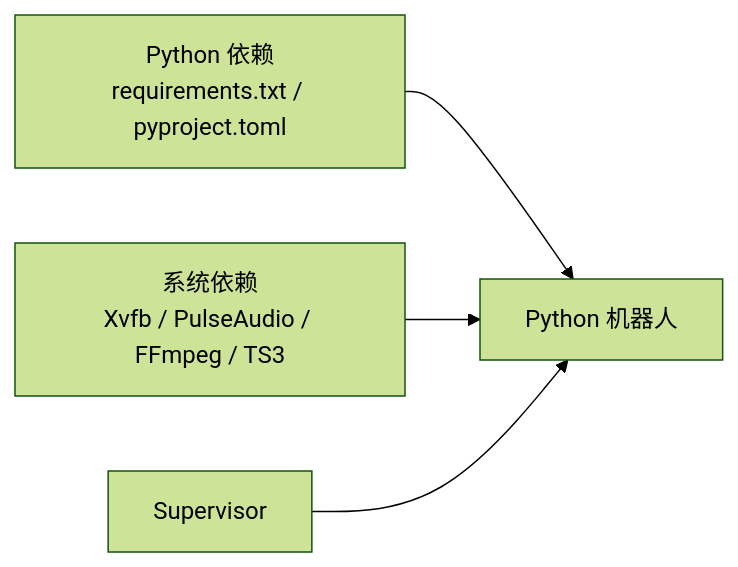
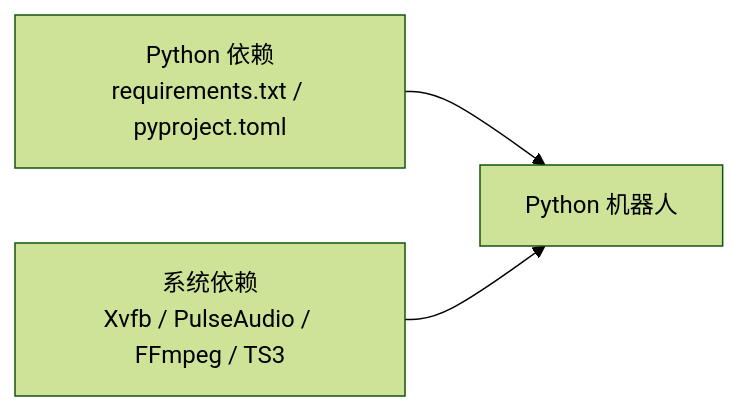
One commit to GhoulOwl/Teamspeak3_Bot changed the third of 3 diagrams in .qoder/repowiki/zh/content/部署和运维/部署和运维.md. Above: the diagram before and after it, drawn with Mermaid (forest theme). The commit also changed other lines of this file and 4 other files, not shown here.

````diff
--- a/.qoder/repowiki/zh/content/部署和运维/部署和运维.md
+++ b/.qoder/repowiki/zh/content/部署和运维/部署和运维.md
@@ -243,10 +246,8 @@
 ```mermaid
 graph LR
 PY["Python 依赖<br/>requirements.txt / pyproject.toml"]
 SYS["系统依赖<br/>Xvfb / PulseAudio / FFmpeg / TS3"]
-SUP["Supervisor"]
 APP["Python 机器人"]
 PY --> APP
 SYS --> APP
-SUP --> APP
 ```
````
